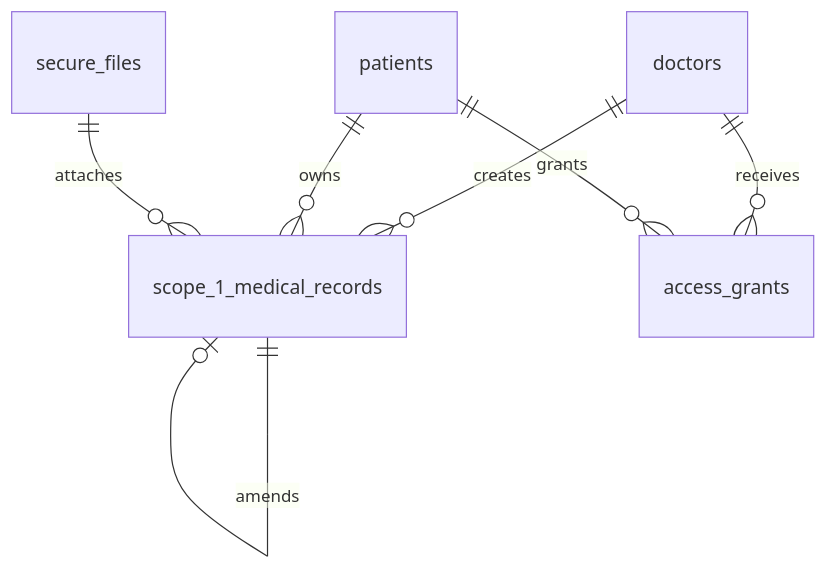
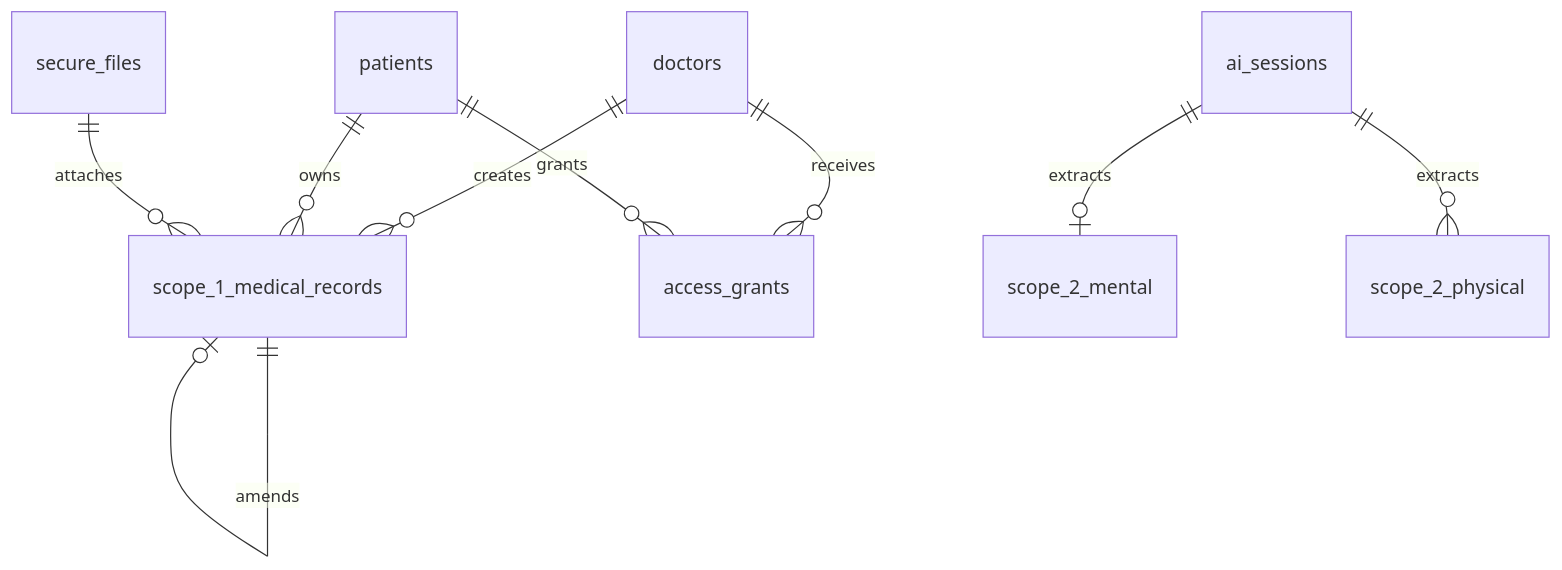
Before and after one commit to ranggabiner/technofest: the first of 2 diagrams in plans/sprint-01/05-doctor-records-rag.md, drawn with Mermaid. The commit also changed other lines of this file and 9 other files, not shown here.

````diff
--- a/plans/sprint-01/05-doctor-records-rag.md
+++ b/plans/sprint-01/05-doctor-records-rag.md
@@ -117,9 +332,11 @@
 ```mermaid
 erDiagram
   doctors ||--o{ scope_1_medical_records : creates
   patients ||--o{ scope_1_medical_records : owns
   scope_1_medical_records ||--o| scope_1_medical_records : amends
   secure_files ||--o{ scope_1_medical_records : attaches
   doctors ||--o{ access_grants : receives
   patients ||--o{ access_grants : grants
+  ai_sessions ||--o| scope_2_mental : extracts
+  ai_sessions ||--o{ scope_2_physical : extracts
 ```
````
